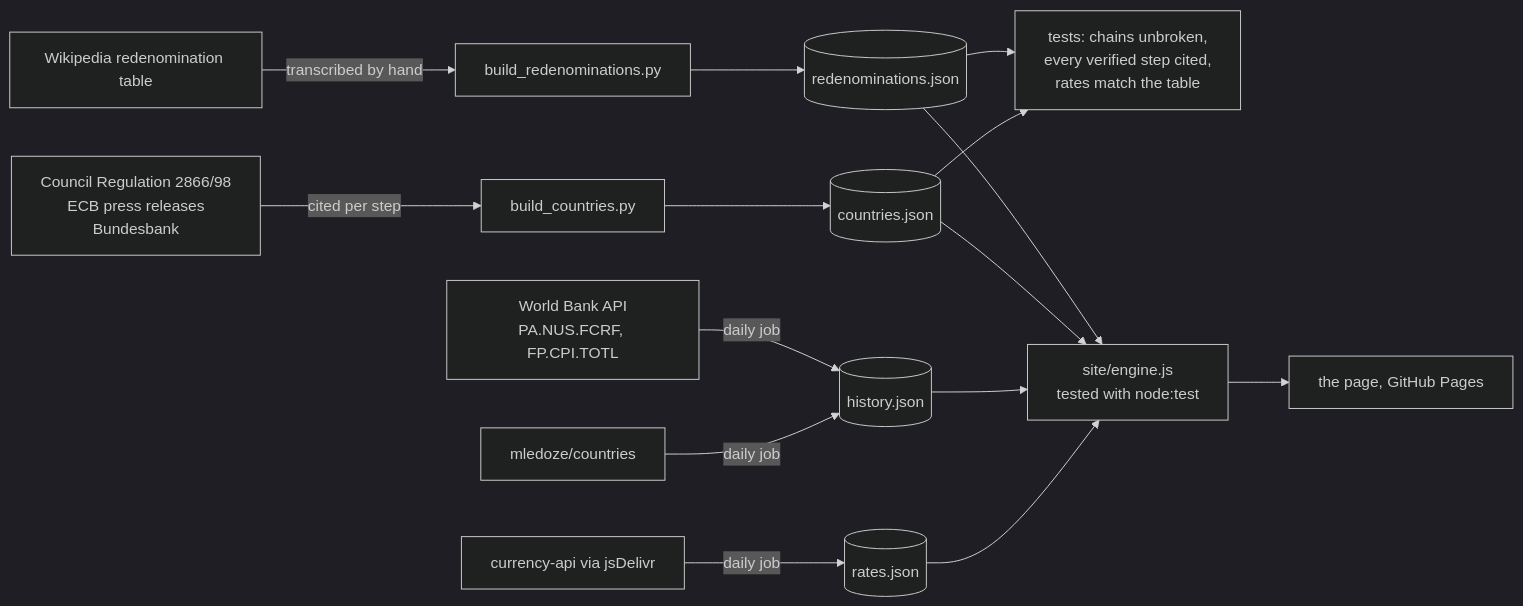
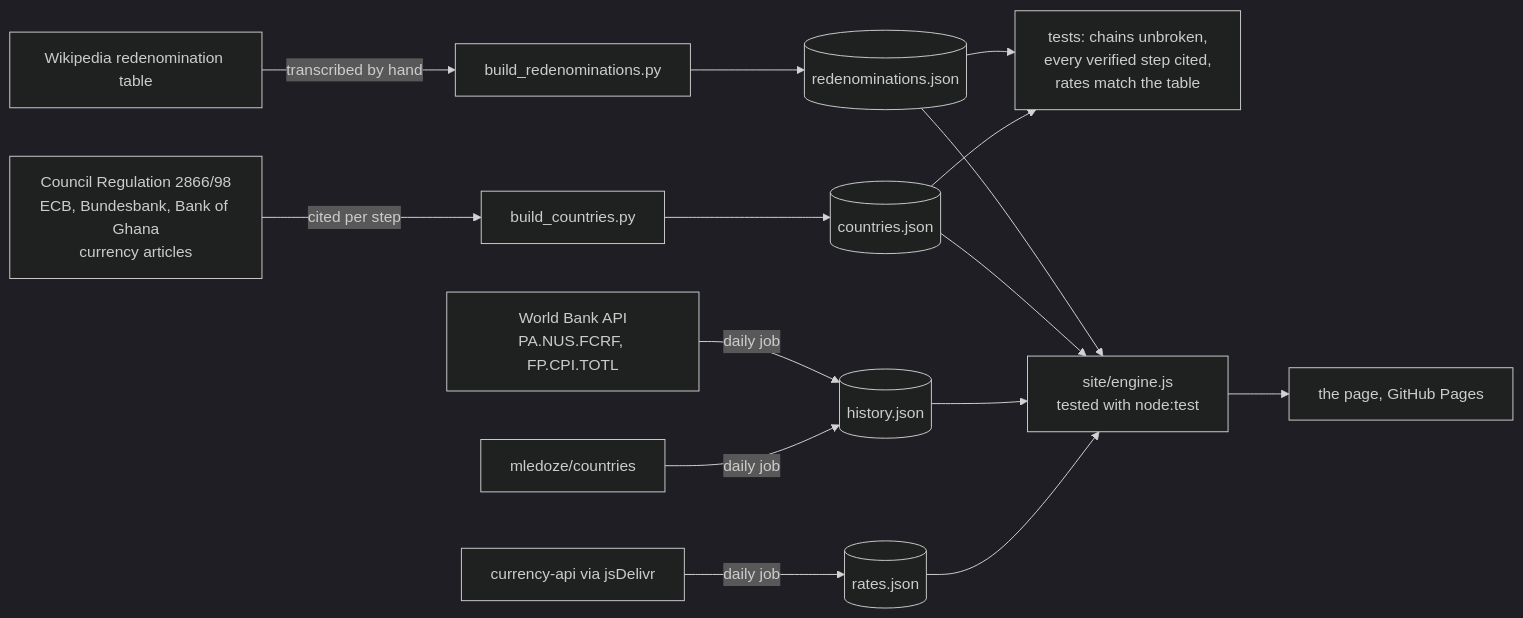
Before and after one commit to kennethkimbrough/redenominations: the diagram in README.md, drawn with Mermaid (dark theme). The commit also changed other lines of this file and 5 other files, not shown here.

````diff
--- a/README.md
+++ b/README.md
@@ -57,13 +57,13 @@
 ```mermaid
 flowchart LR
   wiki[Wikipedia redenomination table] -->|transcribed by hand| build1[build_redenominations.py]
-  reg[Council Regulation 2866/98<br/>ECB press releases<br/>Bundesbank] -->|cited per step| build2[build_countries.py]
+  reg[Council Regulation 2866/98<br/>ECB, Bundesbank, Bank of Ghana<br/>currency articles] -->|cited per step| build2[build_countries.py]
   build1 --> red[(redenominations.json)]
   build2 --> cty[(countries.json)]
   wb[World Bank API<br/>PA.NUS.FCRF, FP.CPI.TOTL] -->|daily job| hist[(history.json)]
   names[mledoze/countries] -->|daily job| hist
   fx[currency-api via jsDelivr] -->|daily job| rates[(rates.json)]
   red & cty --> tests[tests: chains unbroken,<br/>every verified step cited,<br/>rates match the table]
   red & cty & hist & rates --> engine[site/engine.js<br/>tested with node:test]
   engine --> page[the page, GitHub Pages]
 ```
````
